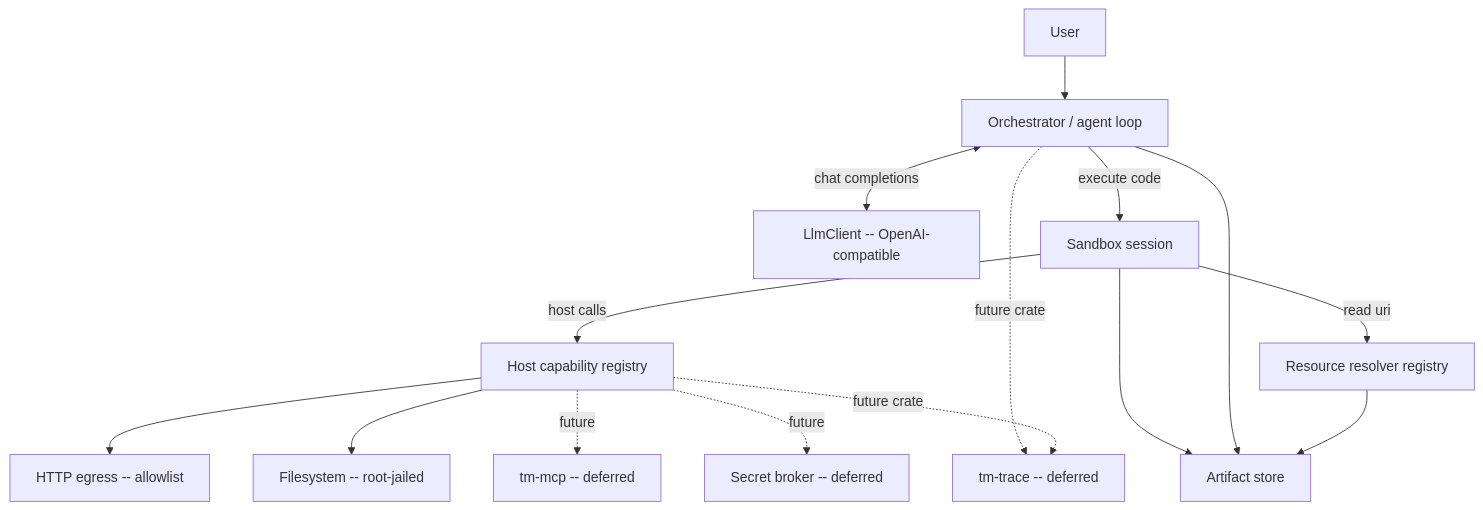
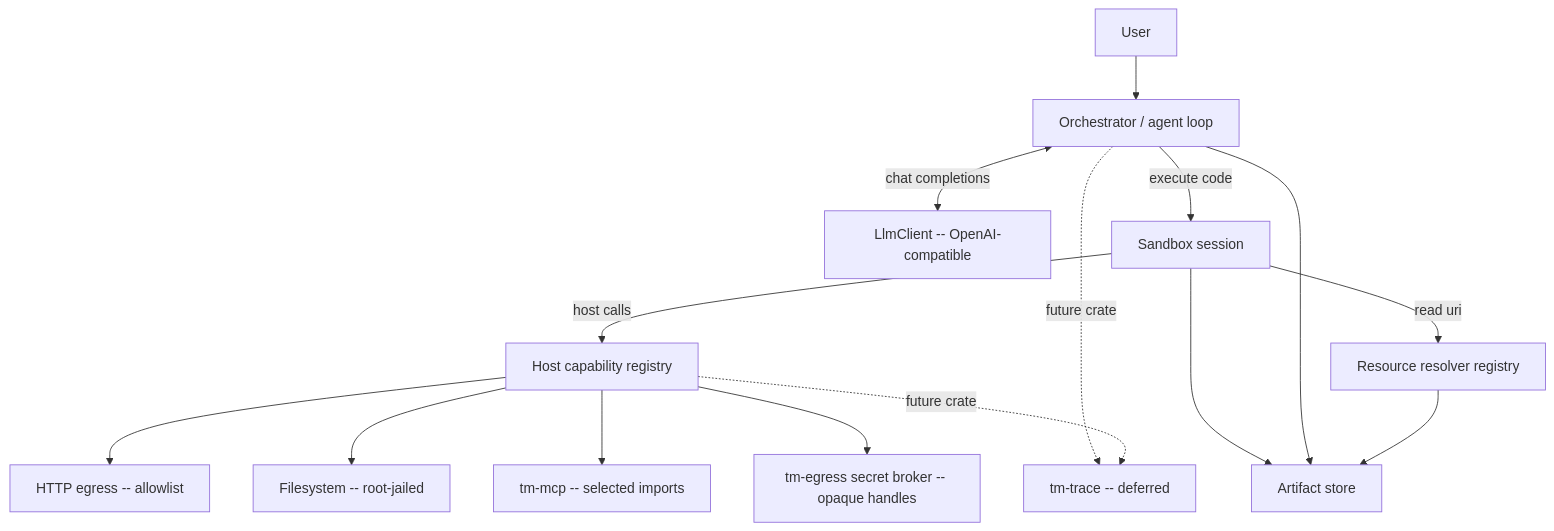
One commit to mozufu/TempestMiku changed the diagram in docs/design/core/04-architecture.md. Above: the diagram before and after it, drawn with Mermaid. The commit also changed other lines of this file and 20 other files, not shown here.

Commit message:
docs(repo/roadmap): record completed milestone gates

````diff
--- a/docs/design/core/04-architecture.md
+++ b/docs/design/core/04-architecture.md
@@ -3,17 +3,17 @@
 ```mermaid
 flowchart TD
     U[User] --> O[Orchestrator / agent loop]
     O <-->|chat completions| L[LlmClient -- OpenAI-compatible]
     O -->|execute code| S[Sandbox session]
     S -->|host calls| H[Host capability registry]
     H --> NET[HTTP egress -- allowlist]
     H --> FSY[Filesystem -- root-jailed]
-    H -.future.-> MCP[tm-mcp -- deferred]
-    H -.future.-> SEC[Secret broker -- deferred]
+    H --> MCP[tm-mcp -- selected imports]
+    H --> SEC[tm-egress secret broker -- opaque handles]
     S --> ART[Artifact store]
     O --> ART
     S -->|read uri| RR[Resource resolver registry]
     RR --> ART
     O -.future crate.-> TR[tm-trace -- deferred]
     H -.future crate.-> TR
 ```
````
